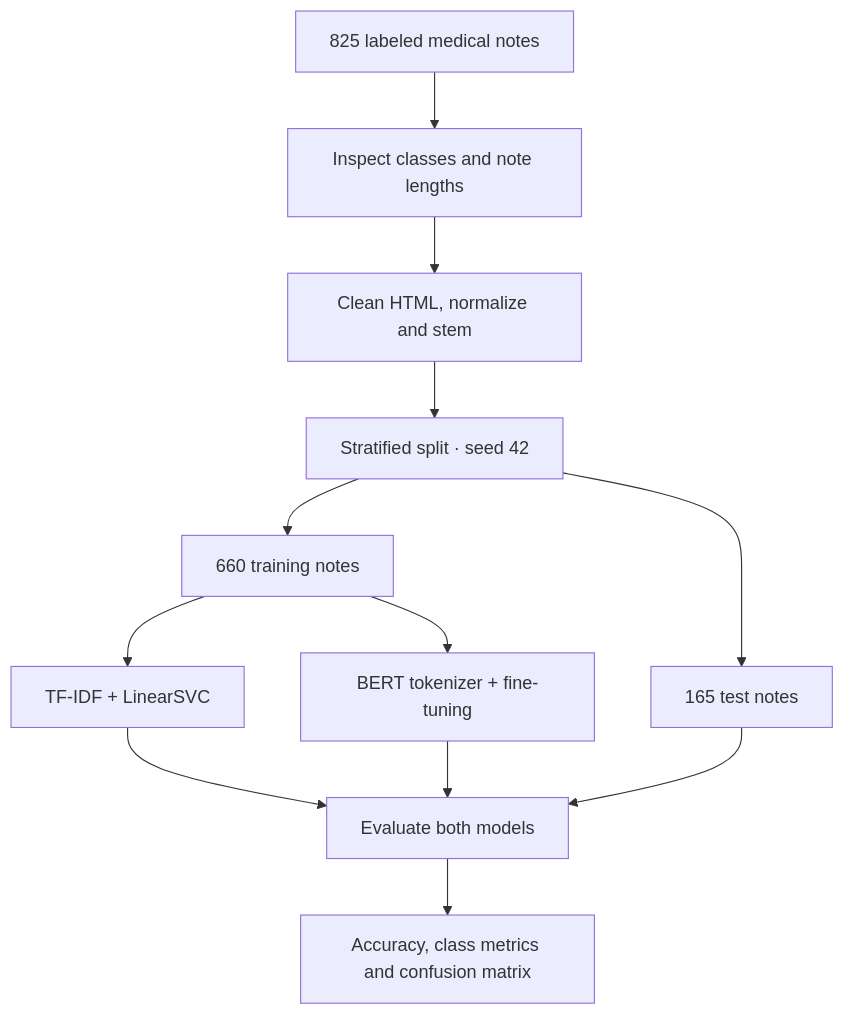
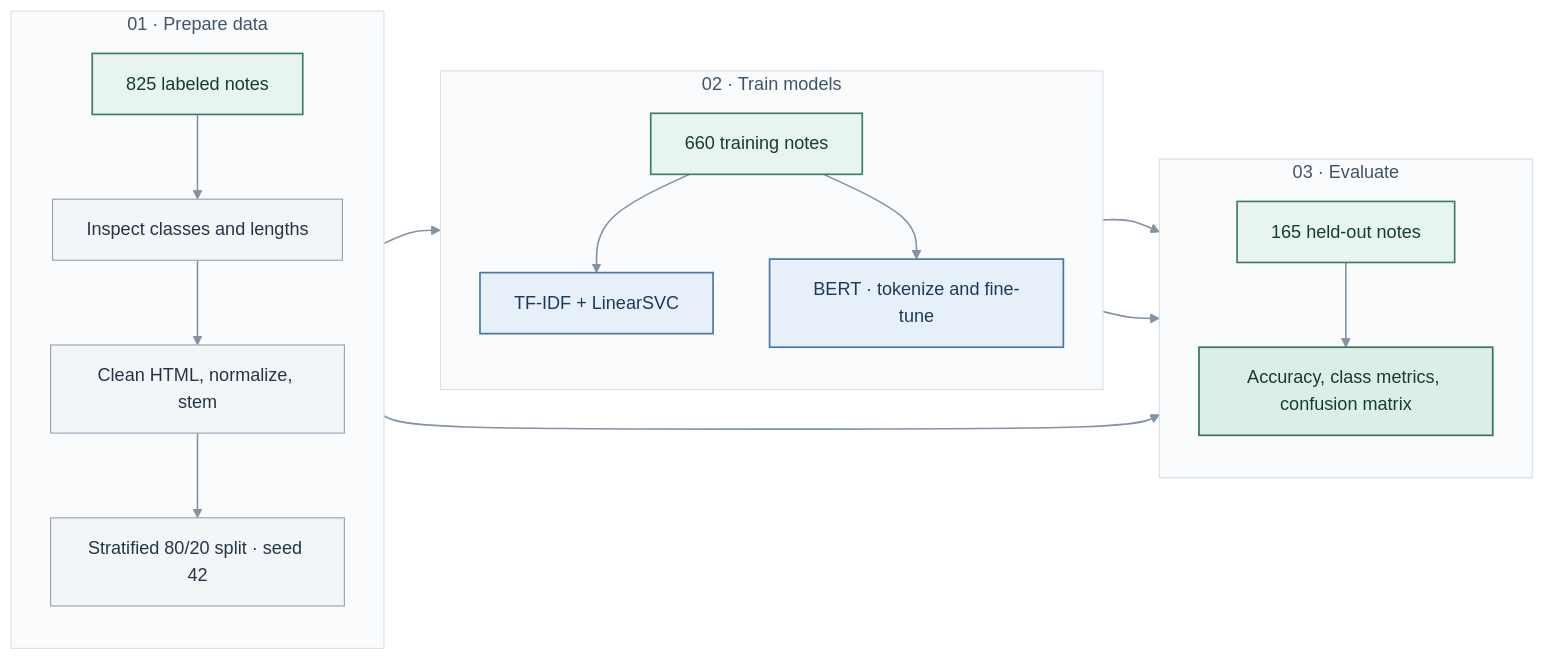
Before and after one commit to petarmajic/ai-and-applications: the diagram in README.md, drawn with Mermaid.

Commit message:
Restyle NLP pipeline with compact stages and blue-green palette

````diff
--- a/README.md
+++ b/README.md
@@ -44,14 +44,38 @@
 ```mermaid
-flowchart TD
-    A["825 labeled medical notes"] --> B["Inspect classes and note lengths"]
-    B --> C["Clean HTML, normalize and stem"]
-    C --> D["Stratified split · seed 42"]
-    D --> E["660 training notes"]
-    D --> F["165 test notes"]
-    E --> G["TF-IDF + LinearSVC"]
-    E --> H["BERT tokenizer + fine-tuning"]
-    G --> I["Evaluate both models"]
-    H --> I
+flowchart LR
+    subgraph P["01 · Prepare data"]
+        direction TB
+        A["825 labeled notes"] --> B["Inspect classes and lengths"]
+        B --> C["Clean HTML, normalize, stem"]
+        C --> D["Stratified 80/20 split · seed 42"]
+    end
+
+    subgraph T["02 · Train models"]
+        direction TB
+        E["660 training notes"] --> F["TF-IDF + LinearSVC"]
+        E --> G["BERT · tokenize and fine-tune"]
+    end
+
+    subgraph V["03 · Evaluate"]
+        direction TB
+        H["165 held-out notes"] --> I["Accuracy, class metrics, confusion matrix"]
+    end
+
+    D --> E
+    D --> H
     F --> I
-    I --> J["Accuracy, class metrics and confusion matrix"]
+    G --> I
+
+    classDef data fill:#e8f4ef,stroke:#3e8067,color:#163d30,stroke-width:1.5px;
+    classDef process fill:#f3f6f9,stroke:#91a4b7,color:#233549,stroke-width:1px;
+    classDef model fill:#e7eff8,stroke:#4779a8,color:#193c5c,stroke-width:1.5px;
+    classDef result fill:#dceee8,stroke:#34745e,color:#163d30,stroke-width:1.5px;
+    class A,E,H data;
+    class B,C,D process;
+    class F,G model;
+    class I result;
+    style P fill:#fafbfd,stroke:#d7e0e8,color:#405469
+    style T fill:#fafbfd,stroke:#d7e0e8,color:#405469
+    style V fill:#fafbfd,stroke:#d7e0e8,color:#405469
+    linkStyle default stroke:#8193a4,stroke-width:1.4px;
 ```
````
